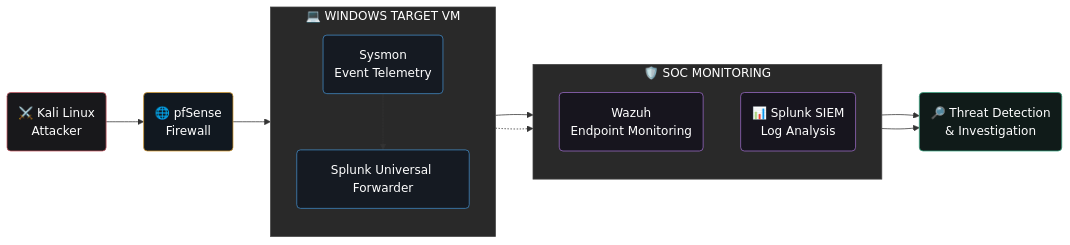
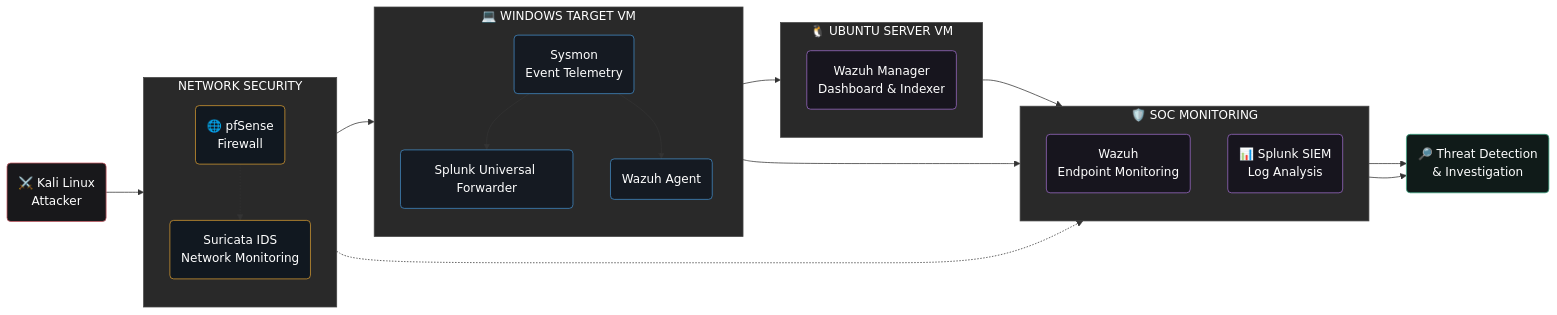
Before and after one commit to KAKishore/KAKishore: the diagram in README.md, drawn with Mermaid.

Commit message:
Update SOC lab architecture diagram

````diff
--- a/README.md
+++ b/README.md
@@ -132,42 +132,61 @@
 ```mermaid
 flowchart LR
     K("⚔️ Kali Linux<br/>Attacker")
     P("🌐 pfSense<br/>Firewall")
+    N("Suricata IDS<br/>Network Monitoring")
+
+    subgraph NET["NETWORK SECURITY"]
+        direction TB
+        P
+        N
+    end
 
     subgraph WIN["💻 WINDOWS TARGET VM"]
         direction TB
         S("Sysmon<br/>Event Telemetry")
         U("Splunk Universal Forwarder")
+        WA("Wazuh Agent")
         S --> U
+        S --> WA
+    end
+
+    subgraph UB["🐧 UBUNTU SERVER VM"]
+        direction TB
+        WM("Wazuh Manager<br/>Dashboard & Indexer")
     end
 
     subgraph SOC["🛡️ SOC MONITORING"]
         direction TB
         Z("Wazuh<br/>Endpoint Monitoring")
         SI("📊 Splunk SIEM<br/>Log Analysis")
     end
 
     I("🔎 Threat Detection<br/>& Investigation")
 
     K --> P
     P --> S
+    P -.-> N
+    N -.-> Z
     U --> SI
-    S -.-> Z
+    WA --> WM
+    WM --> Z
     SI --> I
     Z --> I
 
     classDef attacker fill:#18181B,stroke:#C65B65,color:#FFFFFF,stroke-width:1px
     classDef firewall fill:#111820,stroke:#D59A32,color:#FFFFFF,stroke-width:1px
     classDef endpoint fill:#151A22,stroke:#438BC6,color:#FFFFFF,stroke-width:1px
     classDef monitoring fill:#17151E,stroke:#9B6BC7,color:#FFFFFF,stroke-width:1px
     classDef investigation fill:#101B19,stroke:#3CA783,color:#FFFFFF,stroke-width:1px
 
     class K attacker
-    class P firewall
-    class S,U endpoint
-    class SI,Z monitoring
+    class P,N firewall
+    class S,U,WA endpoint
+    class WM,Z,SI monitoring
     class I investigation
 
+    style NET fill:#292929,stroke:#444444,color:#FFFFFF
     style WIN fill:#292929,stroke:#444444,color:#FFFFFF
+    style UB fill:#292929,stroke:#444444,color:#FFFFFF
     style SOC fill:#292929,stroke:#444444,color:#FFFFFF
 ```
````
